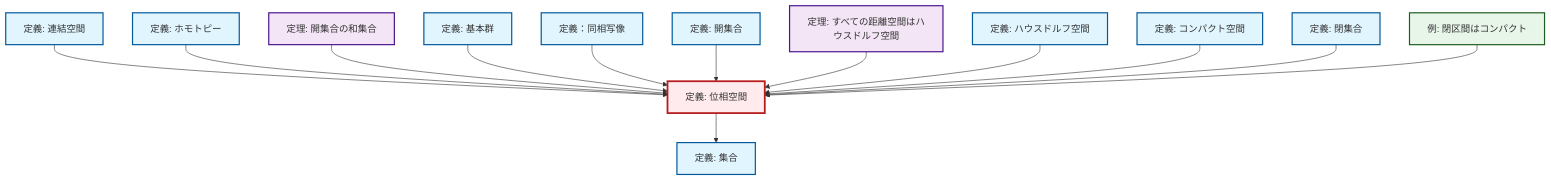
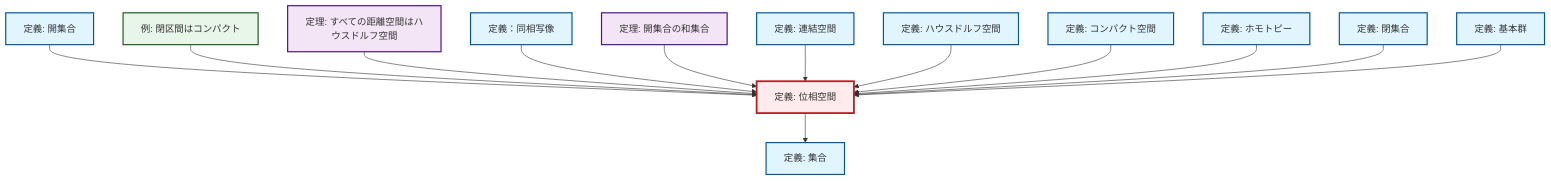
The diagram in content/ja/topology/def-topological-space.qmd (RK0429/ModernMath), drawn with Mermaid before and after one commit. The commit also changed other lines of this file and 328 other files, not shown here.

````diff
--- a/content/ja/topology/def-topological-space.qmd
+++ b/content/ja/topology/def-topological-space.qmd
@@ -61,47 +61,47 @@
 ```{mermaid}
 %%| fig-cap: "ローカル依存関係グラフ"
 graph TD
     classDef definition fill:#e1f5fe,stroke:#01579b,stroke-width:2px
     classDef theorem fill:#f3e5f5,stroke:#4a148c,stroke-width:2px
     classDef axiom fill:#fff3e0,stroke:#e65100,stroke-width:2px
     classDef example fill:#e8f5e9,stroke:#1b5e20,stroke-width:2px
     classDef current fill:#ffebee,stroke:#b71c1c,stroke-width:3px
+    thm-union-open-sets["定理: 開集合の和集合"]:::theorem
+    def-hausdorff["定義: ハウスドルフ空間"]:::definition
+    def-open-set["定義: 開集合"]:::definition
+    def-homeomorphism["定義：同相写像"]:::definition
+    def-connected["定義: 連結空間"]:::definition
+    def-fundamental-group["定義: 基本群"]:::definition
     def-set["定義: 集合"]:::definition
+    ex-closed-interval-compact["例: 閉区間はコンパクト"]:::example
     def-topological-space["定義: 位相空間"]:::definition
+    def-homotopy["定義: ホモトピー"]:::definition
     def-compact["定義: コンパクト空間"]:::definition
-    def-homeomorphism["定義：同相写像"]:::definition
     def-closed-set["定義: 閉集合"]:::definition
     thm-metric-hausdorff["定理: すべての距離空間はハウスドルフ空間"]:::theorem
-    thm-union-open-sets["定理: 開集合の和集合"]:::theorem
-    def-homotopy["定義: ホモトピー"]:::definition
-    ex-closed-interval-compact["例: 閉区間はコンパクト"]:::example
-    def-open-set["定義: 開集合"]:::definition
-    def-fundamental-group["定義: 基本群"]:::definition
-    def-hausdorff["定義: ハウスドルフ空間"]:::definition
-    def-connected["定義: 連結空間"]:::definition
+    def-open-set --> def-topological-space
+    ex-closed-interval-compact --> def-topological-space
+    thm-metric-hausdorff --> def-topological-space
+    def-homeomorphism --> def-topological-space
+    def-topological-space --> def-set
+    thm-union-open-sets --> def-topological-space
     def-connected --> def-topological-space
-    def-homotopy --> def-topological-space
-    thm-union-open-sets --> def-topological-space
-    def-fundamental-group --> def-topological-space
-    def-topological-space --> def-set
-    def-homeomorphism --> def-topological-space
-    def-open-set --> def-topological-space
-    thm-metric-hausdorff --> def-topological-space
     def-hausdorff --> def-topological-space
     def-compact --> def-topological-space
+    def-homotopy --> def-topological-space
     def-closed-set --> def-topological-space
-    ex-closed-interval-compact --> def-topological-space
+    def-fundamental-group --> def-topological-space
     class def-topological-space current
+    click thm-union-open-sets "thm-union-open-sets.html" "開集合の和集合の定理へ"
+    click def-hausdorff "def-hausdorff.html" "ハウスドルフ空間の定義へ"
+    click def-open-set "def-open-set.html" "開集合の定義へ"
+    click def-homeomorphism "def-homeomorphism.html" "定義：同相写像へ"
+    click def-connected "def-connected.html" "連結空間の定義へ"
+    click def-fundamental-group "def-fundamental-group.html" "基本群の定義へ"
     click def-set "def-set.html" "集合の定義へ"
+    click ex-closed-interval-compact "ex-closed-interval-compact.html" "閉区間はコンパクトの例へ"
+    click def-homotopy "def-homotopy.html" "ホモトピーの定義へ"
     click def-compact "def-compact.html" "コンパクト空間の定義へ"
-    click def-homeomorphism "def-homeomorphism.html" "定義：同相写像へ"
     click def-closed-set "def-closed-set.html" "閉集合の定義へ"
     click thm-metric-hausdorff "thm-metric-hausdorff.html" "すべての距離空間はハウスドルフ空間の定理へ"
-    click thm-union-open-sets "thm-union-open-sets.html" "開集合の和集合の定理へ"
-    click def-homotopy "def-homotopy.html" "ホモトピーの定義へ"
-    click ex-closed-interval-compact "ex-closed-interval-compact.html" "閉区間はコンパクトの例へ"
-    click def-open-set "def-open-set.html" "開集合の定義へ"
-    click def-fundamental-group "def-fundamental-group.html" "基本群の定義へ"
-    click def-hausdorff "def-hausdorff.html" "ハウスドルフ空間の定義へ"
-    click def-connected "def-connected.html" "連結空間の定義へ"
 ```
````
